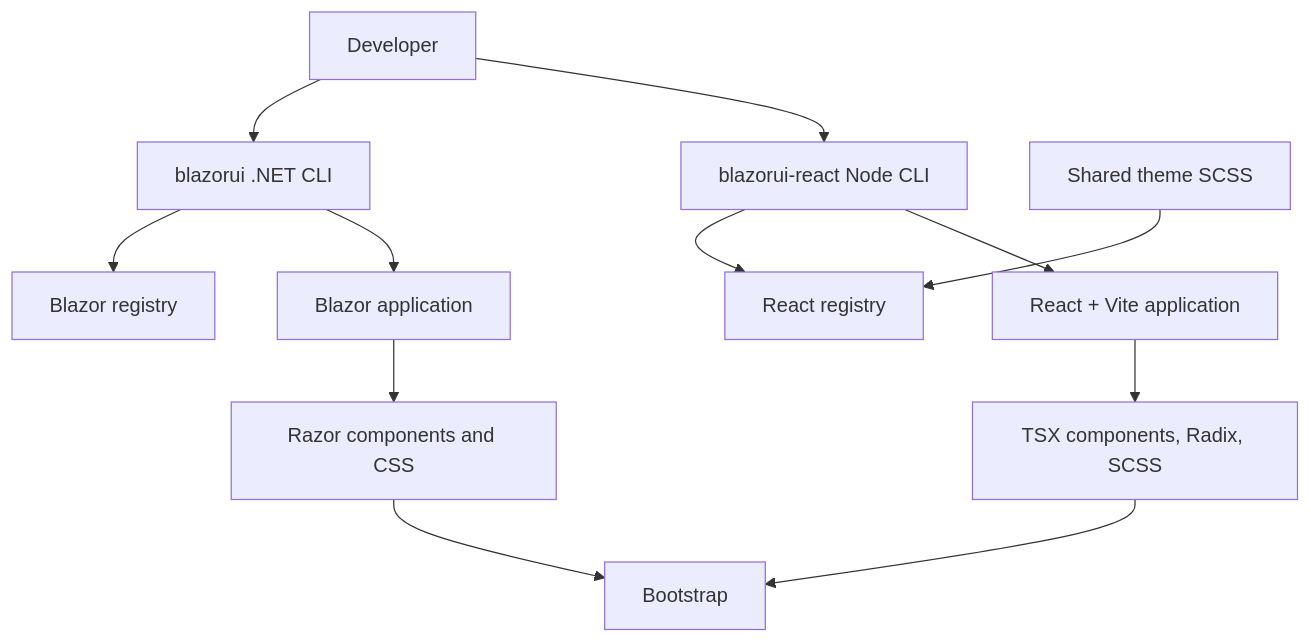
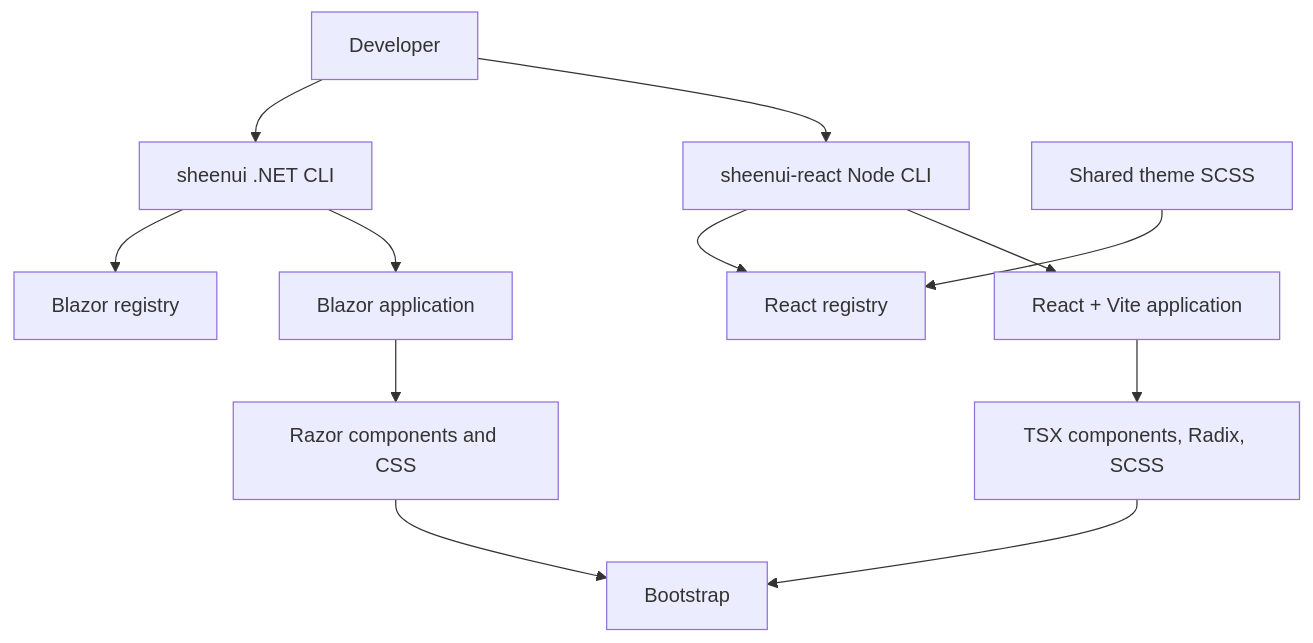
One commit to raxui/RaxUI changed the diagram in ARCHITECTURE.md. Above: the diagram before and after it, drawn with Mermaid. The commit also changed other lines of this file and 85 other files, not shown here.

````diff
--- a/ARCHITECTURE.md
+++ b/ARCHITECTURE.md
@@ -33,14 +33,14 @@
 ```mermaid
 flowchart TD
-    Dev[Developer] --> DotnetCLI[blazorui .NET CLI]
-    Dev --> NodeCLI[blazorui-react Node CLI]
+    Dev[Developer] --> DotnetCLI[sheenui .NET CLI]
+    Dev --> NodeCLI[sheenui-react Node CLI]
     Theme[Shared theme SCSS] --> ReactRegistry
     DotnetCLI --> BlazorRegistry[Blazor registry]
     NodeCLI --> ReactRegistry[React registry]
     DotnetCLI --> BlazorApp[Blazor application]
     NodeCLI --> ReactApp[React + Vite application]
     BlazorApp --> Razor[Razor components and CSS]
     ReactApp --> Tsx[TSX components, Radix, SCSS]
     Razor --> Bootstrap[Bootstrap]
     Tsx --> Bootstrap
 ```
````
